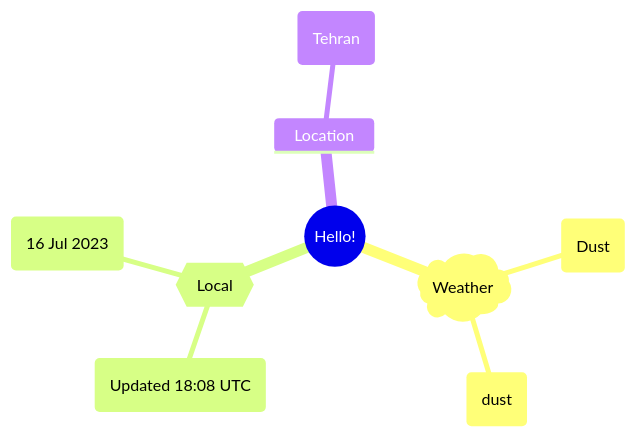
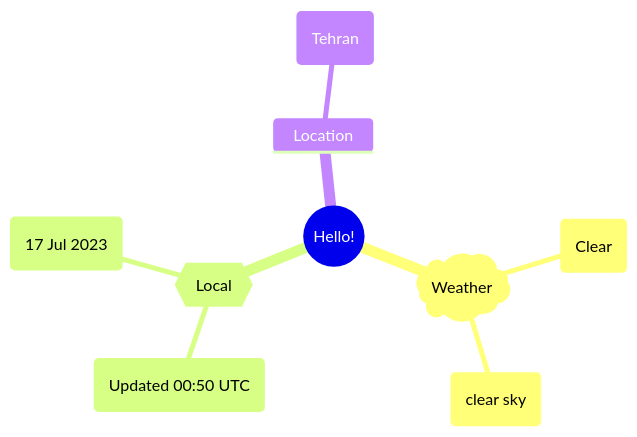
One commit to Xosrov/Xosrov changed the first of 2 diagrams in README.md. Above: the diagram before and after it, drawn with Mermaid.

Commit message:
[bot] updated images

````diff
--- a/README.md
+++ b/README.md
@@ -3,12 +3,12 @@
 ```mermaid
 mindmap
   root((Hello!))
     )Weather(
-        (Dust)
-        (dust)
+        (Clear)
+        (clear sky)
     {{Local}}
-        (Updated 18:08 UTC)
-        (16 Jul 2023)
+        (Updated 00:50 UTC)
+        (17 Jul 2023)
     Location
         (Tehran)
 ```
````
